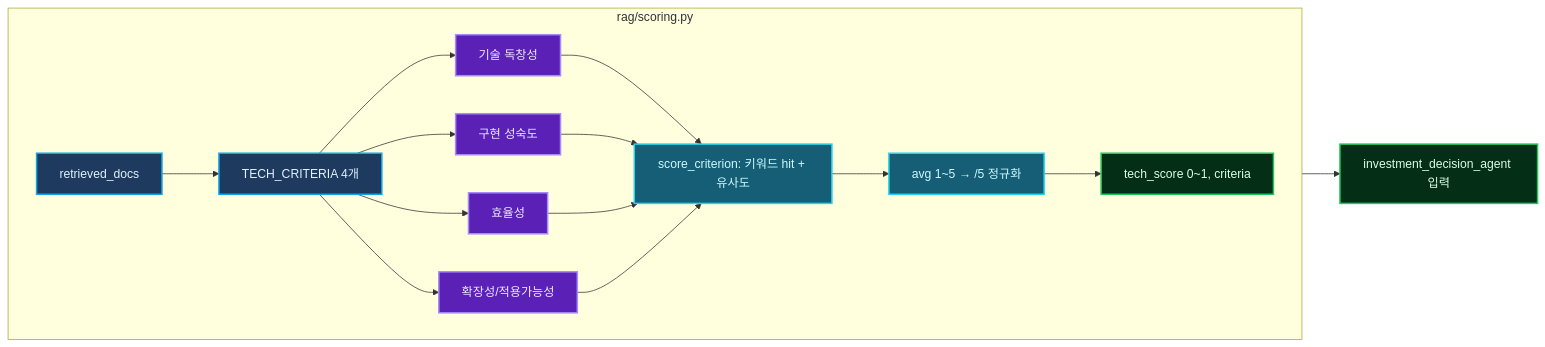
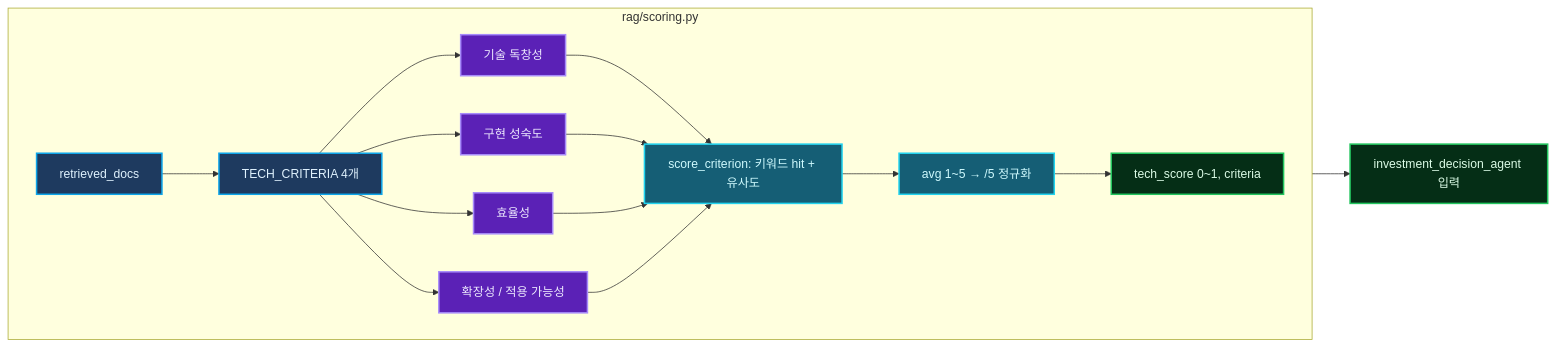
One commit to SKALA-Rag-MiniProject/Semiconductor-Startup-Investment-Agent changed the sixth of 9 diagrams in README.md. Above: the diagram before and after it, drawn with Mermaid. The commit also changed other lines of this file, not shown here.

````diff
--- a/README.md
+++ b/README.md
@@ -299,27 +315,27 @@
 ```mermaid
 flowchart LR
     subgraph scoring["rag/scoring.py"]
         direction LR
         DOCS[retrieved_docs] --> CRIT[TECH_CRITERIA 4개]
         CRIT --> C1[기술 독창성]
         CRIT --> C2[구현 성숙도]
         CRIT --> C3[효율성]
-        CRIT --> C4[확장성/적용가능성]
+        CRIT --> C4[확장성 / 적용 가능성]
         C1 --> SCORE[score_criterion: 키워드 hit + 유사도]
         C2 --> SCORE
         C3 --> SCORE
         C4 --> SCORE
         SCORE --> AVG[avg 1~5 → /5 정규화]
         AVG --> OUT[tech_score 0~1, criteria]
     end
     OUT --> DEC[investment_decision_agent 입력]
 
     classDef input fill:#1e3a5f,stroke:#0ea5e9,color:#e0f2fe,stroke-width:2px;
     classDef criteria fill:#5b21b6,stroke:#a78bfa,color:#ede9fe,stroke-width:2px;
     classDef calc fill:#155e75,stroke:#22d3ee,color:#cffafe,stroke-width:2px;
     classDef output fill:#052e16,stroke:#22c55e,color:#dcfce7,stroke-width:2px;
     class DOCS,CRIT input;
     class C1,C2,C3,C4 criteria;
     class SCORE,AVG calc;
     class OUT,DEC output;
 ```
````
